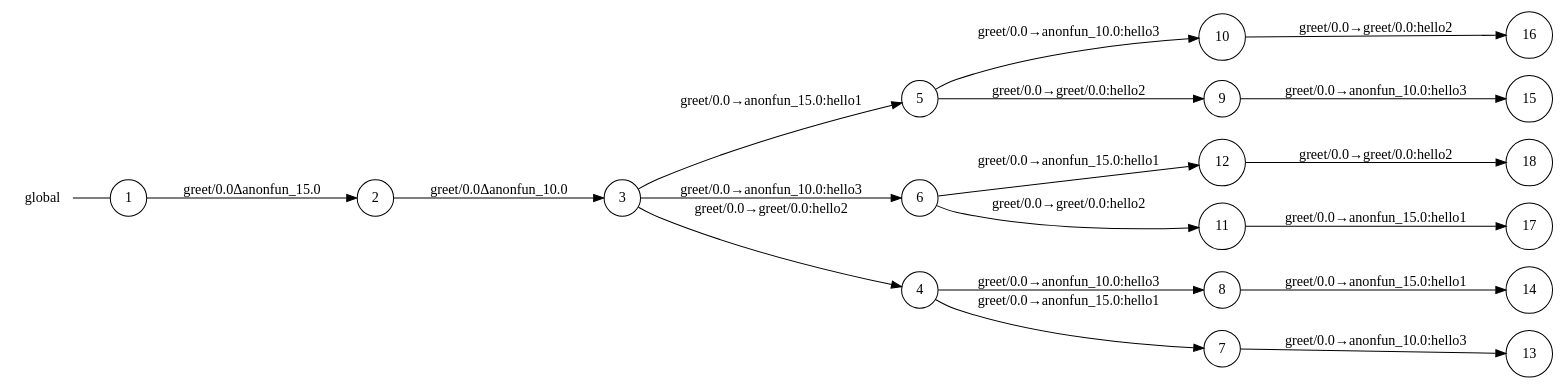
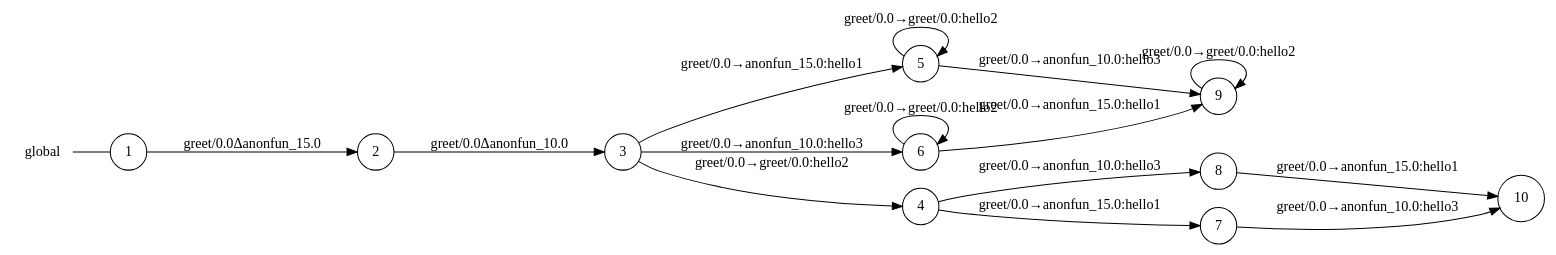
The diagram in examples/high-order-fun/greet_0_global_view.dot (gabrielegenovese/chorer), drawn with Graphviz before and after one commit. The commit also changed 66 other files, not shown here.

```diff
--- a/examples/high-order-fun/greet_0_global_view.dot
+++ b/examples/high-order-fun/greet_0_global_view.dot
@@ -1,41 +1,30 @@
 digraph global {
 	rankdir="LR";
 	n_0 [label="global", shape="plaintext"];
 	n_1 [id="5", shape=circle, label="5"];
-	n_2 [id="15", shape=circle, label="15"];
-	n_3 [id="12", shape=circle, label="12"];
-	n_4 [id="11", shape=circle, label="11"];
-	n_5 [id="17", shape=circle, label="17"];
-	n_6 [id="18", shape=circle, label="18"];
-	n_7 [id="14", shape=circle, label="14"];
-	n_8 [id="6", shape=circle, label="6"];
-	n_9 [id="13", shape=circle, label="13"];
-	n_10 [id="10", shape=circle, label="10"];
-	n_11 [id="1", shape=circle, label="1"];
-	n_0 -> n_11 [arrowhead=none];
-	n_12 [id="9", shape=circle, label="9"];
-	n_13 [id="2", shape=circle, label="2"];
-	n_14 [id="8", shape=circle, label="8"];
-	n_15 [id="4", shape=circle, label="4"];
-	n_16 [id="7", shape=circle, label="7"];
-	n_17 [id="3", shape=circle, label="3"];
-	n_18 [id="16", shape=circle, label="16"];
+	n_2 [id="6", shape=circle, label="6"];
+	n_3 [id="10", shape=circle, label="10"];
+	n_4 [id="1", shape=circle, label="1"];
+	n_0 -> n_4 [arrowhead=none];
+	n_5 [id="9", shape=circle, label="9"];
+	n_6 [id="2", shape=circle, label="2"];
+	n_7 [id="8", shape=circle, label="8"];
+	n_8 [id="4", shape=circle, label="4"];
+	n_9 [id="7", shape=circle, label="7"];
+	n_10 [id="3", shape=circle, label="3"];
 
-	n_1 -> n_12 [id="[$e|7]", label="greet/0.0→greet/0.0:hello2"];
-	n_8 -> n_4 [id="[$e|9]", label="greet/0.0→greet/0.0:hello2"];
-	n_17 -> n_1 [id="[$e|3]", label="greet/0.0→anonfun_15.0:hello1"];
-	n_10 -> n_18 [id="[$e|14]", label="greet/0.0→greet/0.0:hello2"];
-	n_15 -> n_14 [id="[$e|6]", label="greet/0.0→anonfun_10.0:hello3"];
-	n_14 -> n_7 [id="[$e|12]", label="greet/0.0→anonfun_15.0:hello1"];
-	n_1 -> n_10 [id="[$e|8]", label="greet/0.0→anonfun_10.0:hello3"];
-	n_4 -> n_5 [id="[$e|15]", label="greet/0.0→anonfun_15.0:hello1"];
-	n_12 -> n_2 [id="[$e|13]", label="greet/0.0→anonfun_10.0:hello3"];
-	n_8 -> n_3 [id="[$e|10]", label="greet/0.0→anonfun_15.0:hello1"];
-	n_15 -> n_16 [id="[$e|5]", label="greet/0.0→anonfun_15.0:hello1"];
-	n_16 -> n_9 [id="[$e|11]", label="greet/0.0→anonfun_10.0:hello3"];
-	n_11 -> n_13 [id="[$e|0]", label="greet/0.0Δanonfun_15.0"];
-	n_13 -> n_17 [id="[$e|1]", label="greet/0.0Δanonfun_10.0"];
-	n_3 -> n_6 [id="[$e|16]", label="greet/0.0→greet/0.0:hello2"];
-	n_17 -> n_8 [id="[$e|4]", label="greet/0.0→anonfun_10.0:hello3"];
-	n_17 -> n_15 [id="[$e|2]", label="greet/0.0→greet/0.0:hello2"];
+	n_2 -> n_2 [id="[$e|9]", label="greet/0.0→greet/0.0:hello2"];
+	n_2 -> n_5 [id="[$e|10]", label="greet/0.0→anonfun_15.0:hello1"];
+	n_7 -> n_3 [id="[$e|12]", label="greet/0.0→anonfun_15.0:hello1"];
+	n_8 -> n_9 [id="[$e|5]", label="greet/0.0→anonfun_15.0:hello1"];
+	n_5 -> n_5 [id="[$e|13]", label="greet/0.0→greet/0.0:hello2"];
+	n_9 -> n_3 [id="[$e|11]", label="greet/0.0→anonfun_10.0:hello3"];
+	n_4 -> n_6 [id="[$e|0]", label="greet/0.0Δanonfun_15.0"];
+	n_8 -> n_7 [id="[$e|6]", label="greet/0.0→anonfun_10.0:hello3"];
+	n_10 -> n_1 [id="[$e|3]", label="greet/0.0→anonfun_15.0:hello1"];
+	n_10 -> n_8 [id="[$e|2]", label="greet/0.0→greet/0.0:hello2"];
+	n_1 -> n_1 [id="[$e|7]", label="greet/0.0→greet/0.0:hello2"];
+	n_10 -> n_2 [id="[$e|4]", label="greet/0.0→anonfun_10.0:hello3"];
+	n_1 -> n_5 [id="[$e|8]", label="greet/0.0→anonfun_10.0:hello3"];
+	n_6 -> n_10 [id="[$e|1]", label="greet/0.0Δanonfun_10.0"];
 }
```
